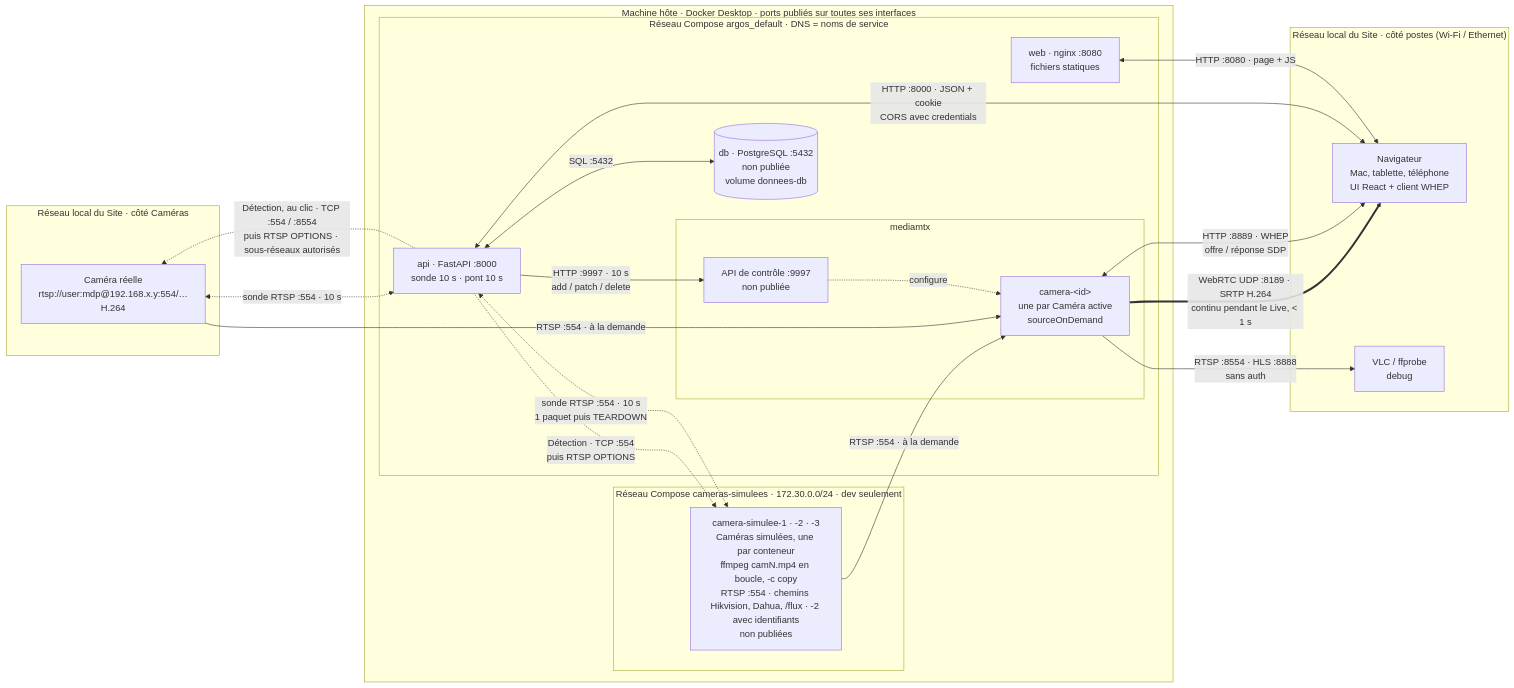
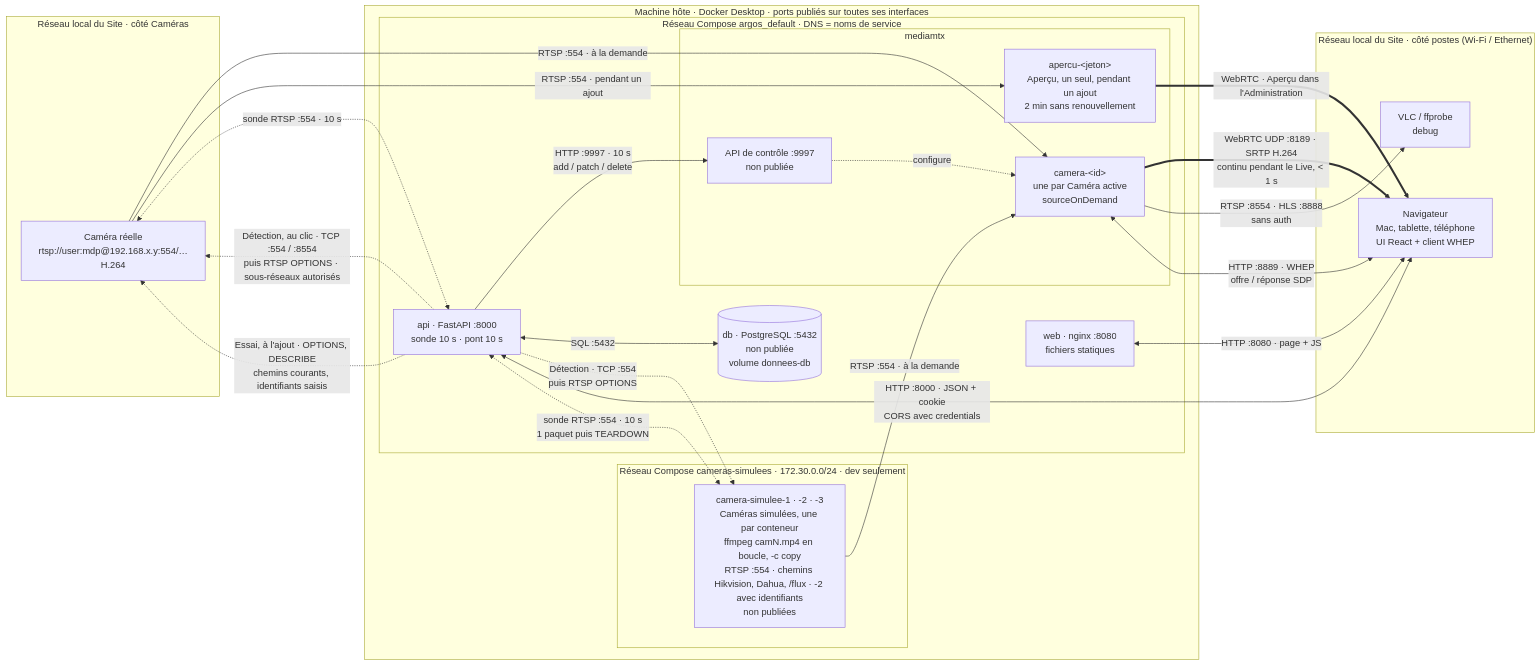
The diagram in docs/dev/schema-flux.md (UlyssouLV/ArgOS), drawn with Mermaid before and after one commit. The commit also changed other lines of this file and 5 other files, not shown here.

First line of the commit message:
Documente l'ajout d'une Caméra, du Candidat à l'Aperçu (#33)

````diff
--- a/docs/dev/schema-flux.md
+++ b/docs/dev/schema-flux.md
@@ -7,43 +7,47 @@
 ```mermaid
 flowchart LR
     subgraph LANC["Réseau local du Site · côté Caméras"]
         CAMR["Caméra réelle<br/>rtsp://user:mdp@192.168.x.y:554/…<br/>H.264"]
     end
 
     subgraph HOTE["Machine hôte · Docker Desktop · ports publiés sur toutes ses interfaces"]
         subgraph SIMU["Réseau Compose cameras-simulees · 172.30.0.0/24 · dev seulement"]
             SIM["camera-simulee-1 · -2 · -3<br/>Caméras simulées, une par conteneur<br/>ffmpeg camN.mp4 en boucle, -c copy<br/>RTSP :554 · chemins Hikvision, Dahua, /flux · -2 avec identifiants<br/>non publiées"]
         end
         subgraph COMPOSE["Réseau Compose argos_default · DNS = noms de service"]
             subgraph MTX["mediamtx"]
                 PONT["camera-&lt;id&gt;<br/>une par Caméra active<br/>sourceOnDemand"]
+                APERCU["apercu-&lt;jeton&gt;<br/>Aperçu, un seul, pendant un ajout<br/>2 min sans renouvellement"]
                 CTRL["API de contrôle :9997<br/>non publiée"]
             end
             API["api · FastAPI :8000<br/>sonde 10 s · pont 10 s"]
             DB[("db · PostgreSQL :5432<br/>non publiée<br/>volume donnees-db")]
             WEB["web · nginx :8080<br/>fichiers statiques"]
         end
     end
 
     subgraph LANP["Réseau local du Site · côté postes (Wi-Fi / Ethernet)"]
         NAV["Navigateur<br/>Mac, tablette, téléphone<br/>UI React + client WHEP"]
         VLC["VLC / ffprobe<br/>debug"]
     end
 
     SIM -- "RTSP :554 · à la demande" --> PONT
     CAMR -- "RTSP :554 · à la demande" --> PONT
+    CAMR -- "RTSP :554 · pendant un ajout" --> APERCU
+    APERCU == "WebRTC · Aperçu dans l'Administration" ==> NAV
     PONT == "WebRTC UDP :8189 · SRTP H.264<br/>continu pendant le Live, < 1 s" ==> NAV
     PONT -- "RTSP :8554 · HLS :8888<br/>sans auth" --> VLC
 
     CAMR <-. "sonde RTSP :554 · 10 s" .-> API
     SIM <-. "sonde RTSP :554 · 10 s<br/>1 paquet puis TEARDOWN" .-> API
     API -- "HTTP :9997 · 10 s<br/>add / patch / delete" --> CTRL
     CTRL -. configure .-> PONT
     API <-- "SQL :5432" --> DB
     API -. "Détection, au clic · TCP :554 / :8554<br/>puis RTSP OPTIONS · sous-réseaux autorisés" .-> CAMR
     API -. "Détection · TCP :554<br/>puis RTSP OPTIONS" .-> SIM
+    API -. "Essai, à l'ajout · OPTIONS, DESCRIBE<br/>chemins courants, identifiants saisis" .-> CAMR
 
     PONT <-- "HTTP :8889 · WHEP<br/>offre / réponse SDP" --> NAV
     API <-- "HTTP :8000 · JSON + cookie<br/>CORS avec credentials" --> NAV
     WEB <-- "HTTP :8080 · page + JS" --> NAV
 ```
````
